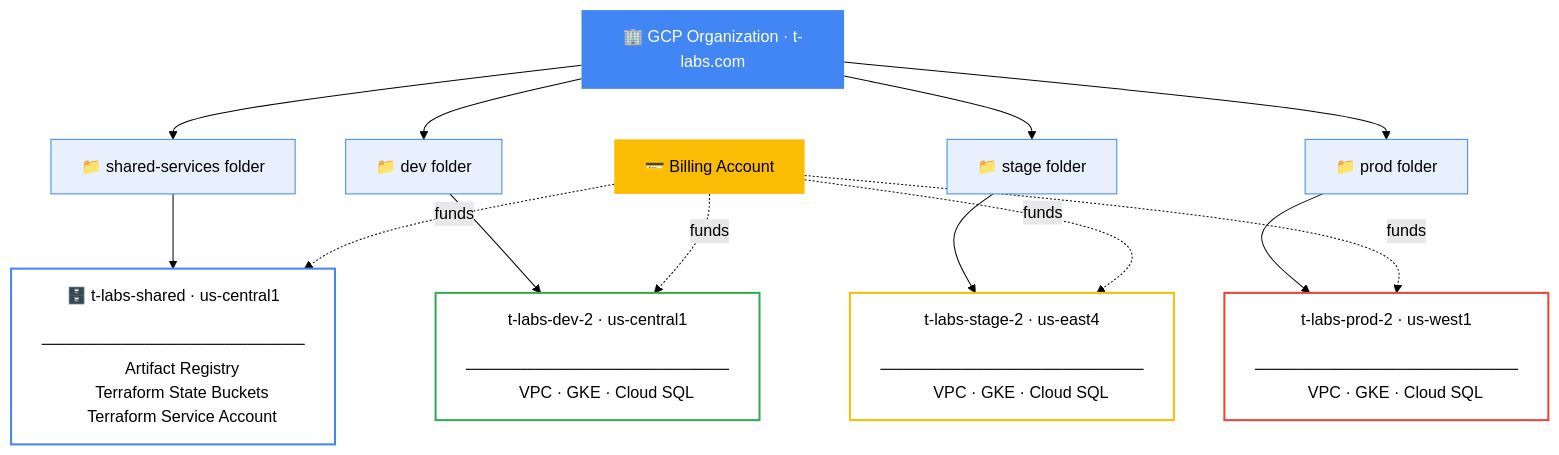
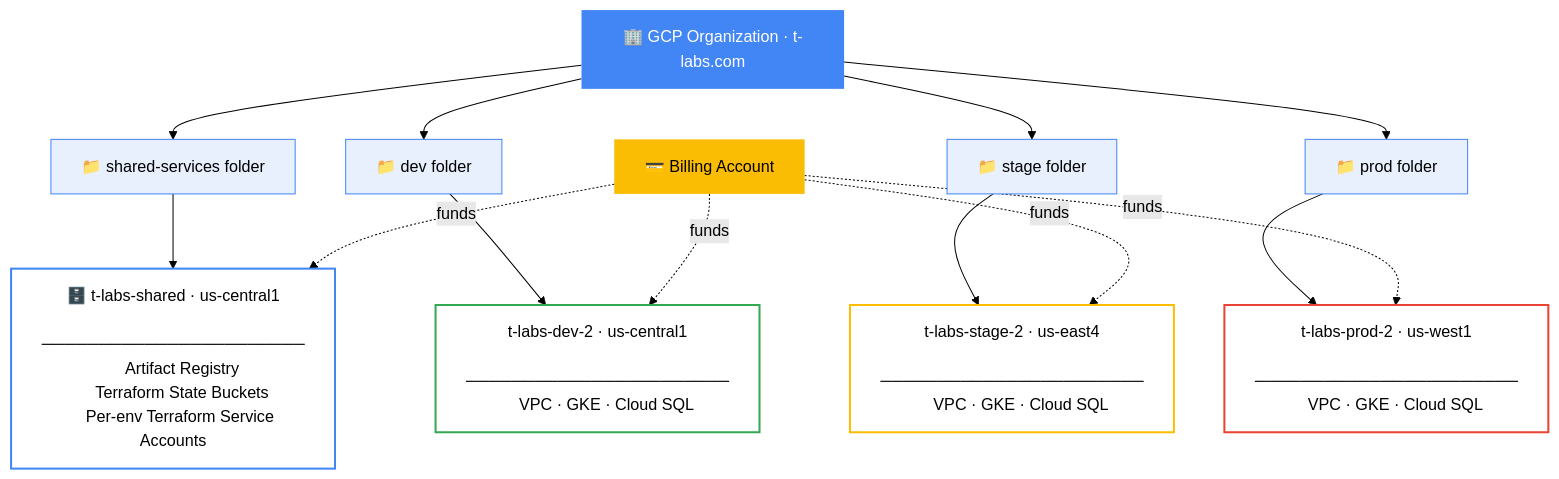
One commit to arpeetk/t-labs changed the first of 5 diagrams in README.md. Above: the diagram before and after it, drawn with Mermaid (forest theme). The commit also changed other lines of this file, not shown here.

First line of the commit message:
docs: rewrite README to reflect current architecture and CI/CD model

````diff
--- a/README.md
+++ b/README.md
@@ -11,41 +11,41 @@
 ```mermaid
 graph TD
     ORG["🏢 GCP Organization · t-labs.com"]
     BA["💳 Billing Account"]
 
     ORG --> FS["📁 shared-services folder"]
     ORG --> FD["📁 dev folder"]
     ORG --> FST["📁 stage folder"]
     ORG --> FP["📁 prod folder"]
 
     FS --> PM["🗄️ t-labs-shared · us-central1
     ───────────────────────
     Artifact Registry
     Terraform State Buckets
-    Terraform Service Account"]
+    Per-env Terraform Service Accounts"]
 
     FD  --> PD["t-labs-dev-2 · us-central1
     ───────────────────────
     VPC · GKE · Cloud SQL"]
 
     FST --> PST["t-labs-stage-2 · us-east4
     ───────────────────────
     VPC · GKE · Cloud SQL"]
 
     FP  --> PP["t-labs-prod-2 · us-west1
     ───────────────────────
     VPC · GKE · Cloud SQL"]
 
     BA -.->|"funds"| PM & PD & PST & PP
 
     style ORG  fill:#4285F4,color:#fff,stroke:none
     style BA   fill:#fbbc04,color:#000,stroke:none
     style FS   fill:#e8f0fe,stroke:#4285F4
     style FD   fill:#e8f0fe,stroke:#4285F4
     style FST  fill:#e8f0fe,stroke:#4285F4
     style FP   fill:#e8f0fe,stroke:#4285F4
     style PM   fill:#ffffff,stroke:#4285F4,stroke-width:2px
     style PD   fill:#ffffff,stroke:#34a853,stroke-width:2px
     style PST  fill:#ffffff,stroke:#fbbc04,stroke-width:2px
     style PP   fill:#ffffff,stroke:#ea4335,stroke-width:2px
 ```
````
